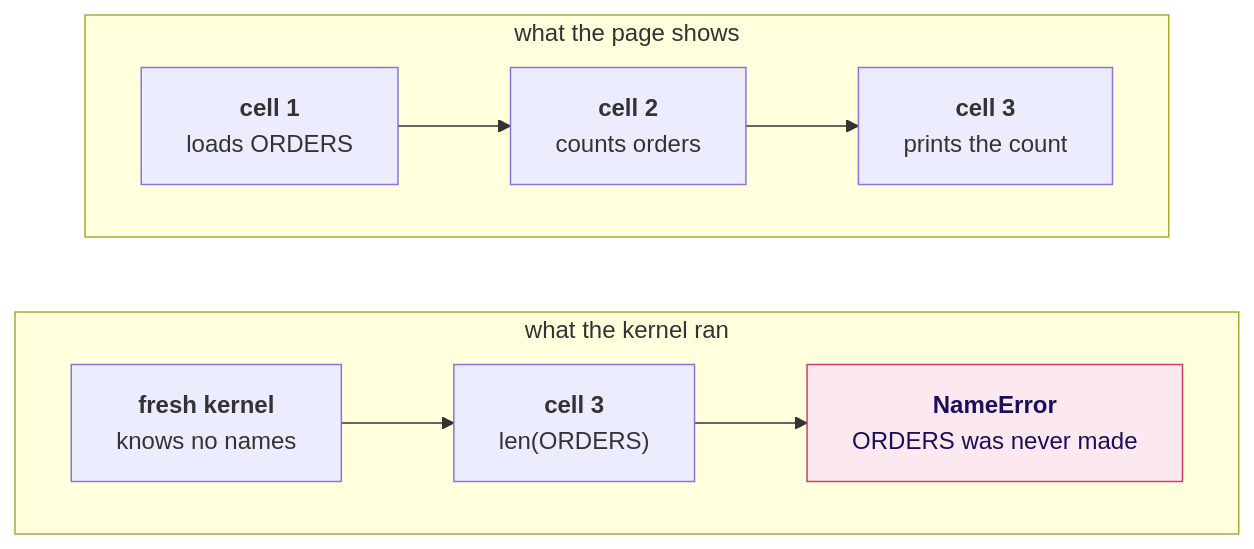
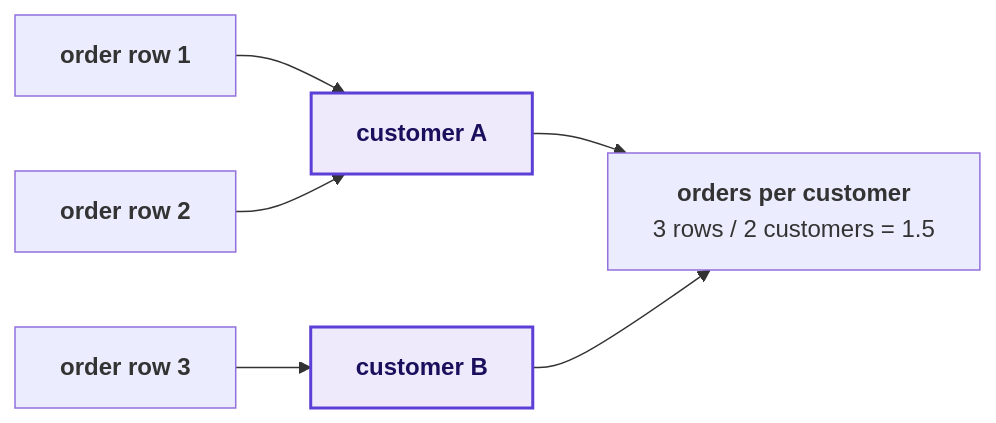
Before and after one commit to fde-academy-lab/c2-content-factory: the ninth of 15 diagrams in content/W01/D1/slides/C2_W01_D01_half1_STUDENT.md, drawn with Mermaid. The commit also changed other lines of this file and 28 other files, not shown here.

````diff
--- a/content/W01/D1/slides/C2_W01_D01_half1_STUDENT.md
+++ b/content/W01/D1/slides/C2_W01_D01_half1_STUDENT.md
@@ -392,14 +515,10 @@
 ```mermaid
-flowchart TB
-    subgraph PAGE["what the page shows"]
-        direction LR
-        P1["<b>cell 1</b><br/>loads ORDERS"] --> P2["<b>cell 2</b><br/>counts orders"] --> P3["<b>cell 3</b><br/>prints the count"]
-    end
-    subgraph RAN["what the kernel ran"]
-        direction LR
-        K0["<b>fresh kernel</b><br/>knows no names"] --> K3["<b>cell 3</b><br/>len(ORDERS)"] --> E["<b>NameError</b><br/>ORDERS was never made"]
-    end
-    PAGE ~~~ RAN
-    classDef bad fill:#FBE9EF,stroke:#D63A6A,color:#1A0F5C
-    class E bad
+flowchart LR
+    O1["<b>order row 1</b>"] --> P1["<b>customer A</b>"]
+    O2["<b>order row 2</b>"] --> P1
+    O3["<b>order row 3</b>"] --> P2["<b>customer B</b>"]
+    P1 --> F["<b>orders per customer</b><br/>3 rows / 2 customers = 1.5"]
+    P2 --> F
+    classDef known fill:#EEEAFB,stroke:#5B3FD6,color:#1A0F5C,stroke-width:2px
+    class P1,P2 known
 ```
````
